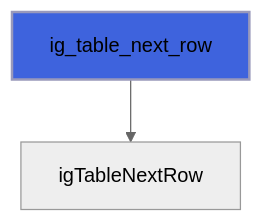
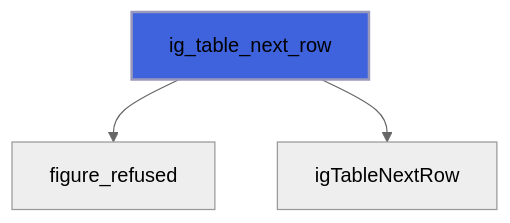
One commit to szaghi/figure changed diagram 12 of 26 in docs/api/src/lib/figure_group.md. Above: the diagram before and after it, drawn with Mermaid (neutral theme). The commit also changed other lines of this file and 10 other files, not shown here.

````diff
--- a/docs/api/src/lib/figure_group.md
+++ b/docs/api/src/lib/figure_group.md
@@ -303,5 +331,6 @@
 ```mermaid
 flowchart TD
+  ig_table_next_row["ig_table_next_row"] --> figure_refused["figure_refused"]
   ig_table_next_row["ig_table_next_row"] --> igTableNextRow["igTableNextRow"]
   style ig_table_next_row fill:#3e63dd,stroke:#99b,stroke-width:2px
 ```
````
